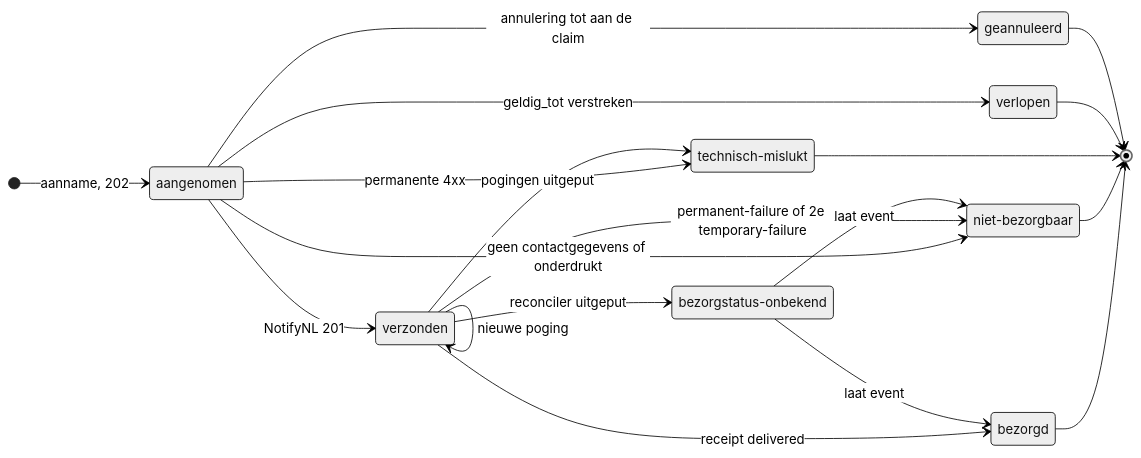
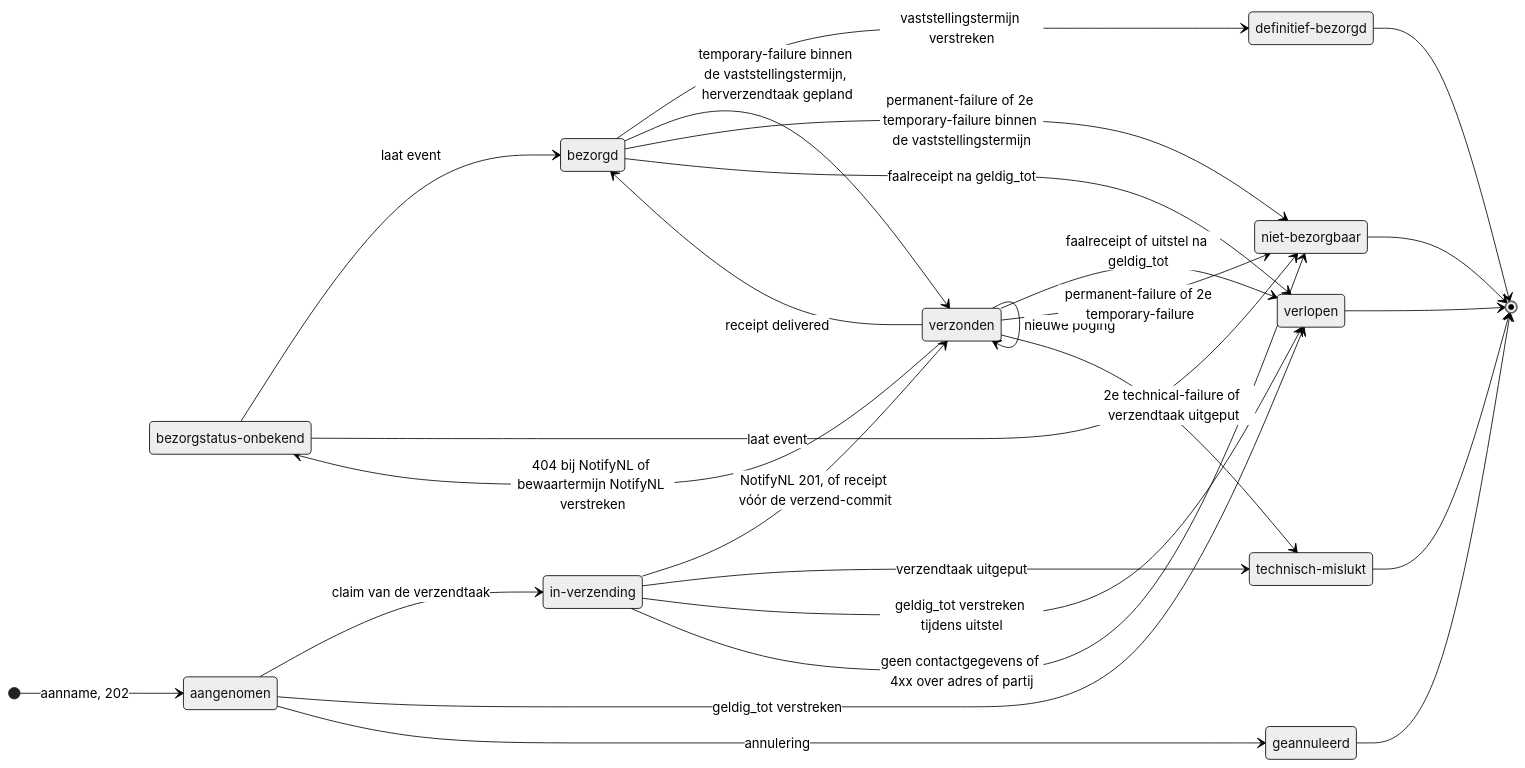
One commit to MinBZK/MijnOverheidZakelijk changed the second of 4 diagrams in Docs/structurizr/notificatiedocs/07-code.md. Above: the diagram before and after it, drawn with Mermaid (neutral theme). The commit also changed other lines of this file and 13 other files, not shown here.

````diff
--- a/Docs/structurizr/notificatiedocs/07-code.md
+++ b/Docs/structurizr/notificatiedocs/07-code.md
@@ -148,25 +223,34 @@
     ```mermaid
     stateDiagram-v2
         direction LR
         state "niet-bezorgbaar" as niet_bezorgbaar
         state "technisch-mislukt" as technisch_mislukt
         state "bezorgstatus-onbekend" as bezorgstatus_onbekend
+        state "in-verzending" as in_verzending
+        state "definitief-bezorgd" as definitief_bezorgd
         [*] --> aangenomen : aanname, 202
-        aangenomen --> verzonden : NotifyNL 201
+        aangenomen --> in_verzending : claim van de verzendtaak
         aangenomen --> verlopen : geldig_tot verstreken
-        aangenomen --> geannuleerd : annulering tot aan de claim
-        aangenomen --> technisch_mislukt : permanente 4xx
-        aangenomen --> niet_bezorgbaar : geen contactgegevens of onderdrukt
+        aangenomen --> geannuleerd : annulering
+        in_verzending --> verzonden : NotifyNL 201, of receipt vóór de verzend-commit
+        in_verzending --> technisch_mislukt : verzendtaak uitgeput
+        in_verzending --> verlopen : geldig_tot verstreken tijdens uitstel
+        in_verzending --> niet_bezorgbaar : geen contactgegevens of 4xx over adres of partij
         verzonden --> verzonden : nieuwe poging
+        verzonden --> verlopen : faalreceipt of uitstel na geldig_tot
         verzonden --> bezorgd : receipt delivered
         verzonden --> niet_bezorgbaar : permanent-failure of 2e temporary-failure
-        verzonden --> technisch_mislukt : pogingen uitgeput
-        verzonden --> bezorgstatus_onbekend : reconciler uitgeput
+        verzonden --> technisch_mislukt : 2e technical-failure of verzendtaak uitgeput
+        verzonden --> bezorgstatus_onbekend : 404 bij NotifyNL of bewaartermijn NotifyNL verstreken
         bezorgstatus_onbekend --> bezorgd : laat event
         bezorgstatus_onbekend --> niet_bezorgbaar : laat event
-        bezorgd --> [*]
+        bezorgd --> definitief_bezorgd : vaststellingstermijn verstreken
+        bezorgd --> verzonden : temporary-failure binnen de vaststellingstermijn, herverzendtaak gepland
+        bezorgd --> niet_bezorgbaar : permanent-failure of 2e temporary-failure binnen de vaststellingstermijn
+        bezorgd --> verlopen : faalreceipt na geldig_tot
+        definitief_bezorgd --> [*]
         niet_bezorgbaar --> [*]
         technisch_mislukt --> [*]
         verlopen --> [*]
         geannuleerd --> [*]
     ```
````
